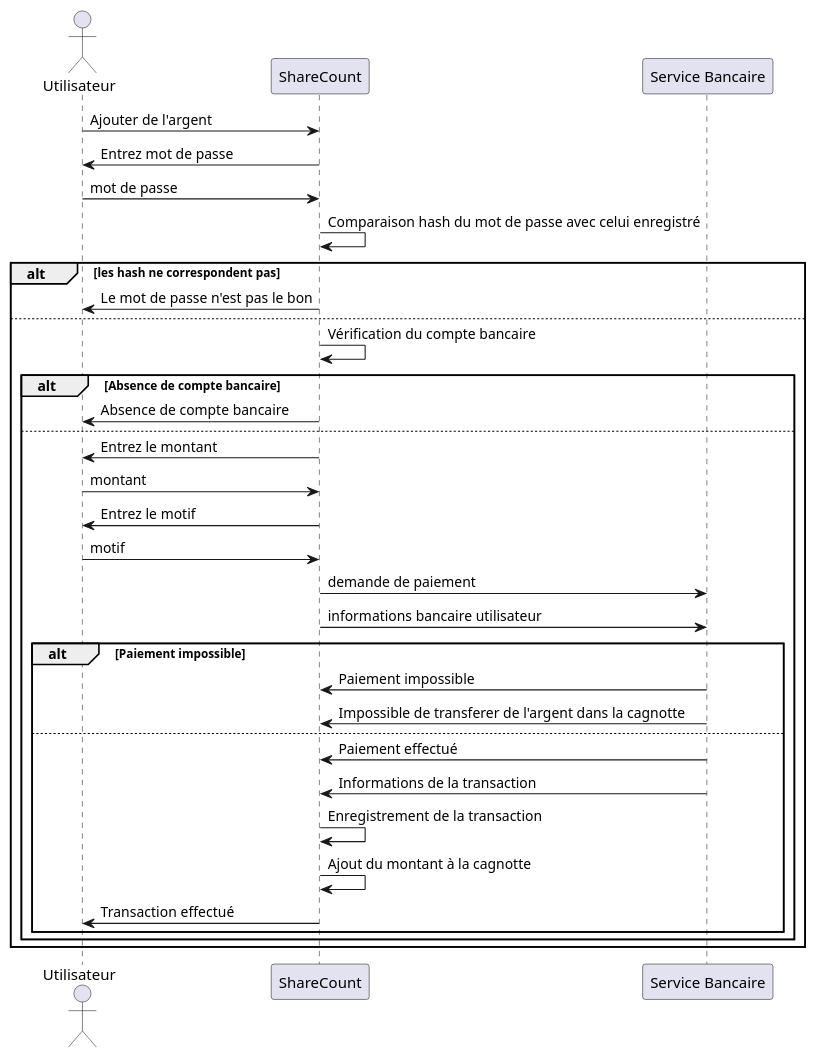
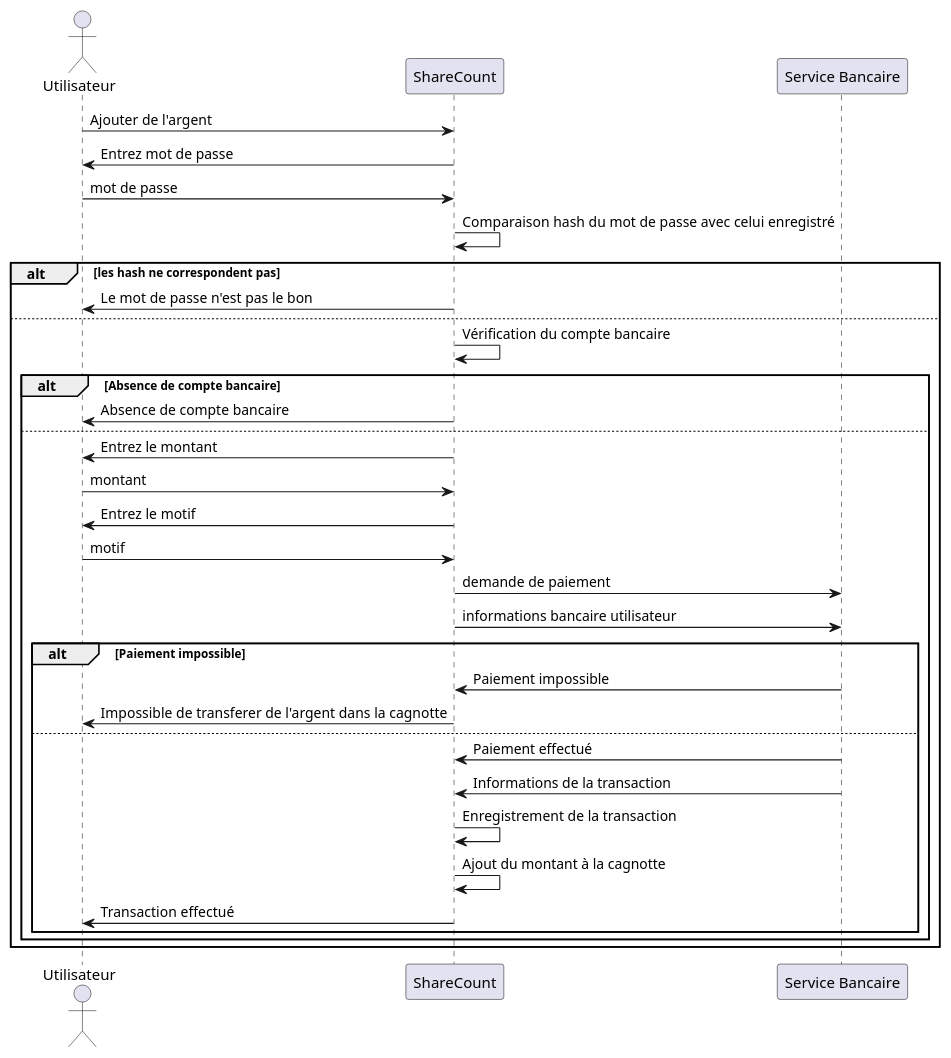
One commit to lmtb06/sharecount changed the diagram in diagrammes/specification/sequence/cagnotte/ajouter-argent.puml. Above: the diagram before and after it, drawn with PlantUML. The commit also changed 24 other files, not shown here.

Commit message:
Mis à jour diagramme de séquence et de cas d'utilisation

```diff
--- a/diagrammes/specification/sequence/cagnotte/ajouter-argent.puml
+++ b/diagrammes/specification/sequence/cagnotte/ajouter-argent.puml
@@ -1,39 +1,39 @@
 @startuml  "Ajouter de l'argent"
 
 actor Utilisateur as user
 participant ShareCount as sc
 participant "Service Bancaire" as sb
 
 user -> sc : Ajouter de l'argent
 user <- sc : Entrez mot de passe
 user -> sc : mot de passe
 sc -> sc : Comparaison hash du mot de passe avec celui enregistré
 alt les hash ne correspondent pas
 user <- sc : Le mot de passe n'est pas le bon
 else
 sc -> sc : Vérification du compte bancaire
 
 alt Absence de compte bancaire
 sc -> user : Absence de compte bancaire
 else
 
 sc -> user : Entrez le montant
 user -> sc : montant
 sc -> user : Entrez le motif
 user -> sc : motif
 sc -> sb 	: demande de paiement
 sc -> sb 	: informations bancaire utilisateur
 alt Paiement impossible
 sc <- sb 	: Paiement impossible
-sc <- sb 	: Impossible de transferer de l'argent dans la cagnotte
+user <- sc 	: Impossible de transferer de l'argent dans la cagnotte
 else
 sc <- sb 	:  Paiement effectué
 sc <- sb 	:  Informations de la transaction
 sc -> sc   : Enregistrement de la transaction
 sc -> sc   : Ajout du montant à la cagnotte
 sc -> user : Transaction effectué
 end
 end
 end
 
 @enduml
```
